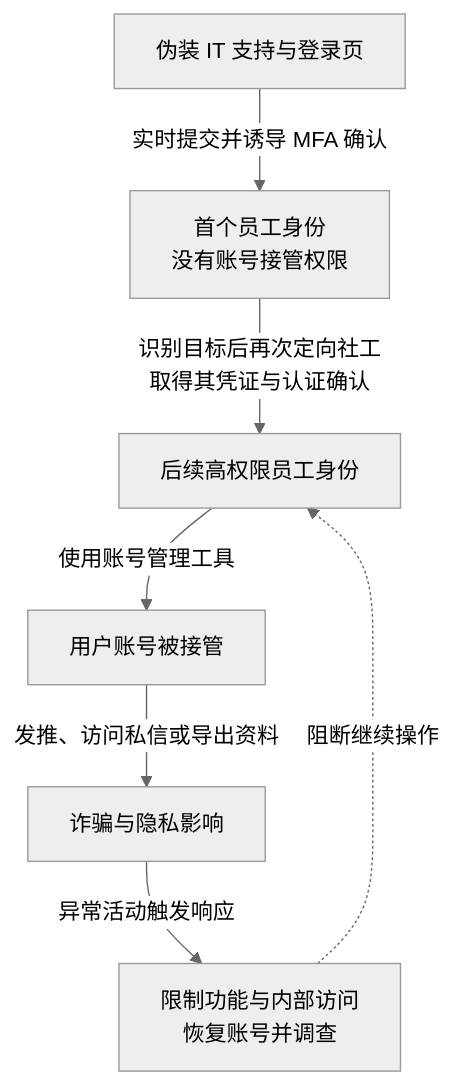
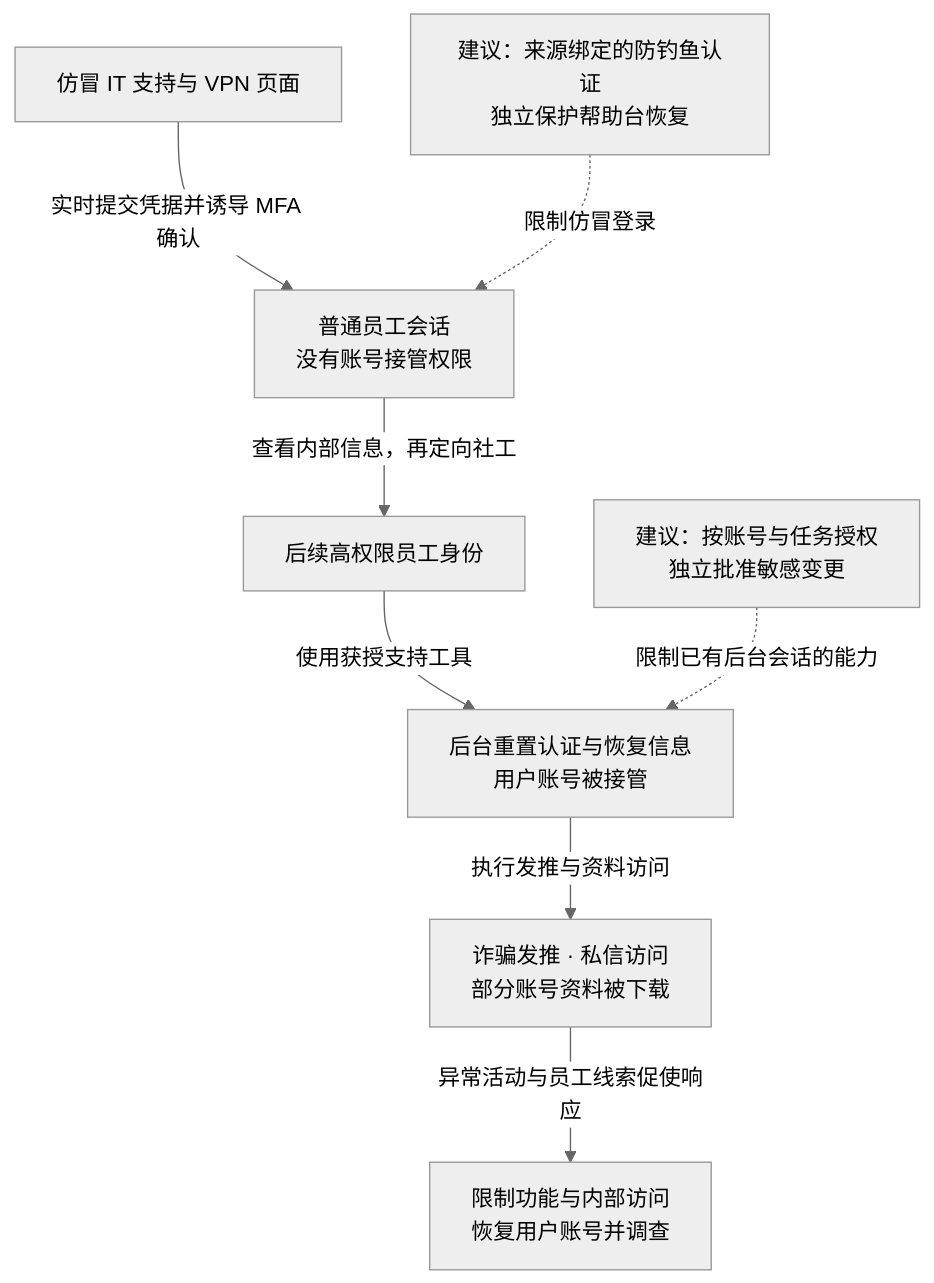
Before and after one commit to FeeiCN/FEEI.CN: the diagram in docs/01-网络安全/01-网络空间安全/01-安全威胁/01-历史攻击事件/2020-Twitter后台账号接管事件分析.md, drawn with Mermaid (neutral theme). The commit also changed other lines of this file and 21 other files, not shown here.

````diff
--- a/docs/01-网络安全/01-网络空间安全/01-安全威胁/01-历史攻击事件/2020-Twitter后台账号接管事件分析.md
+++ b/docs/01-网络安全/01-网络空间安全/01-安全威胁/01-历史攻击事件/2020-Twitter后台账号接管事件分析.md
@@ -35,13 +48,23 @@
 ```mermaid
 flowchart TB
-  accTitle: 员工认证与用户账号操作是两道边界
-  accDescr: 攻击者冒充 IT 支持，实时利用凭证和员工 MFA 确认进入网络，先了解内部系统，再攻击拥有后台权限的员工，通过账号管理工具接管用户。异常诈骗发推促使平台限制功能和后台访问。
-  a["伪装 IT 支持与登录页"] -->|实时提交并诱导 MFA 确认| b["首个员工身份<br/>没有账号接管权限"]
-  b -->|识别目标后再次定向社工<br/>取得其凭证与认证确认| c["后续高权限员工身份"]
-  c -->|使用账号管理工具| d["用户账号被接管"]
-  d -->|发推、访问私信或导出资料| e["诈骗与隐私影响"]
-  e -->|异常活动触发响应| r["限制功能与内部访问<br/>恢复账号并调查"]
-  r -. 阻断继续操作 .-> c
-  class b,c,d main
-  class r response
+  accTitle: 员工登录如何转成用户账号控制权
+  accDescr: 攻击者通过假帮助台实时利用凭证和 MFA，先取得没有后台权限的员工身份，再依内部信息定向攻击后台员工。账号恢复工具被用于改写用户认证，产生诈骗与隐私影响。虚线连接建议控制。
+  lure["仿冒 IT 支持与 VPN 页面"]
+  employee["普通员工会话<br/>没有账号接管权限"]
+  support["后续高权限员工身份"]
+  account["后台重置认证与恢复信息<br/>用户账号被接管"]
+  impact["诈骗发推 · 私信访问<br/>部分账号资料被下载"]
+  response["限制功能与内部访问<br/>恢复用户账号并调查"]
+  authControl["建议：来源绑定的防钓鱼认证<br/>独立保护帮助台恢复"]
+  taskControl["建议：按账号与任务授权<br/>独立批准敏感变更"]
+  lure -->|实时提交凭据并诱导 MFA 确认| employee
+  employee -->|查看内部信息，再定向社工| support
+  support -->|使用获授支持工具| account
+  account -->|执行发推与资料访问| impact
+  impact -->|异常活动与员工线索促使响应| response
+  authControl -. 限制仿冒登录 .-> employee
+  taskControl -. 限制已有后台会话的能力 .-> account
+  class employee,support,account,impact main
+  class response response
+  class authControl,taskControl note
 ```
````
